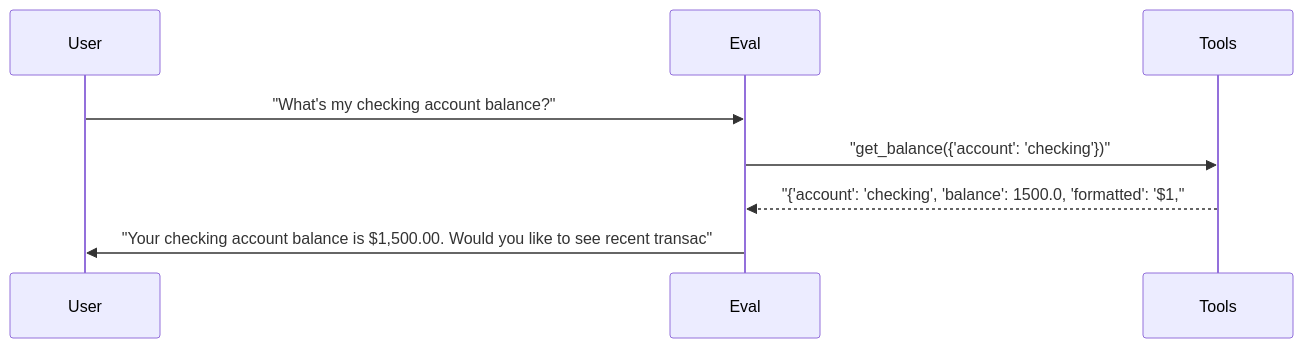
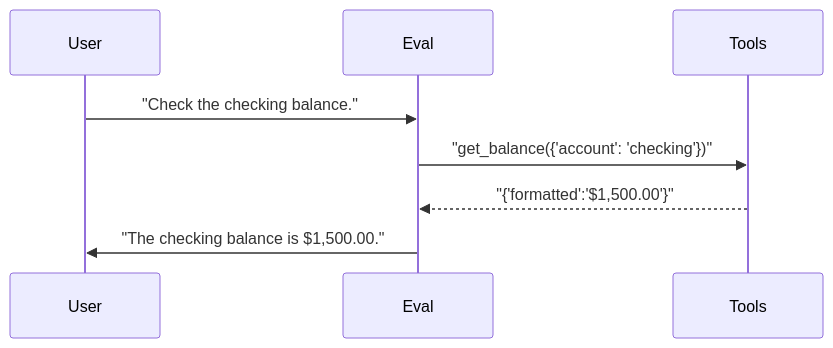
One commit to sbroenne/pytest-skill-engineering changed the first of 3 diagrams in docs/demo/hero-report.md. Above: the diagram before and after it, drawn with Mermaid. The commit also changed other lines of this file and 137 other files, not shown here.

````diff
--- a/docs/demo/hero-report.md
+++ b/docs/demo/hero-report.md
@@ -233,11 +60,11 @@
 ```mermaid
 sequenceDiagram
     participant User
     participant Eval
     participant Tools
 
-    User->>Eval: "What's my checking account balance?"
+    User->>Eval: "Check the checking balance."
     Eval->>Tools: "get_balance({'account': 'checking'})"
-    Tools-->>Eval: "{'account': 'checking', 'balance': 1500.0, 'formatted': '$1,"
-    Eval->>User: "Your checking account balance is $1,500.00. Would you like to see recent transac"
+    Tools-->>Eval: "{'formatted':'$1,500.00'}"
+    Eval->>User: "The checking balance is $1,500.00."
 ```
````
